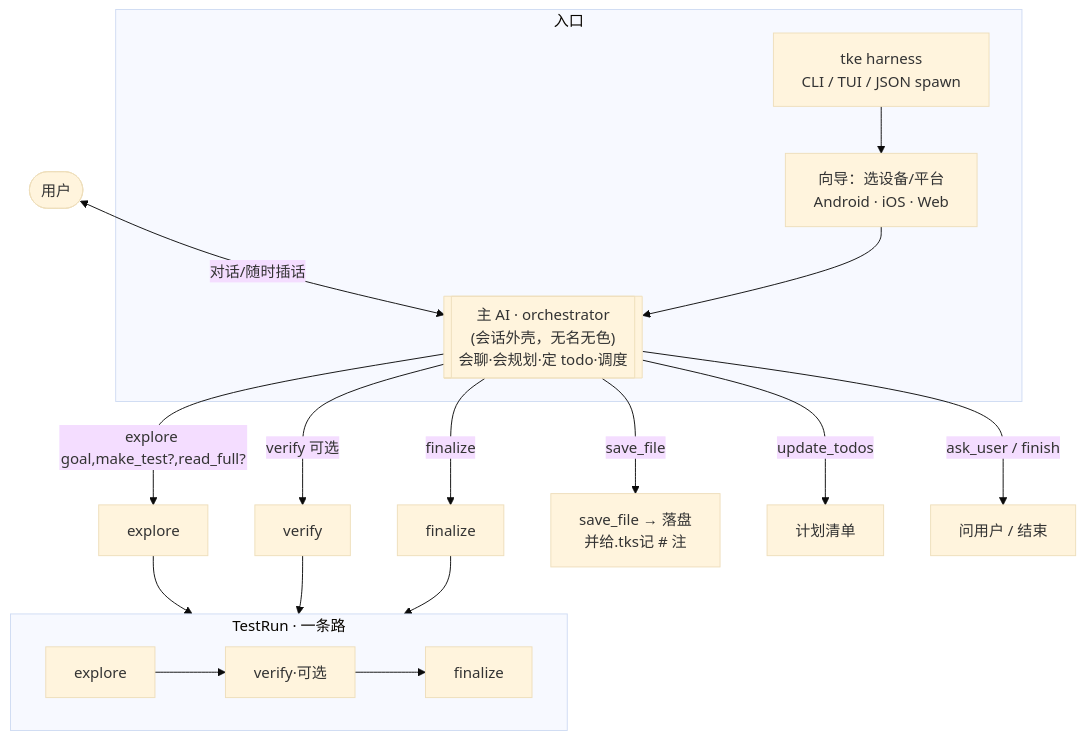
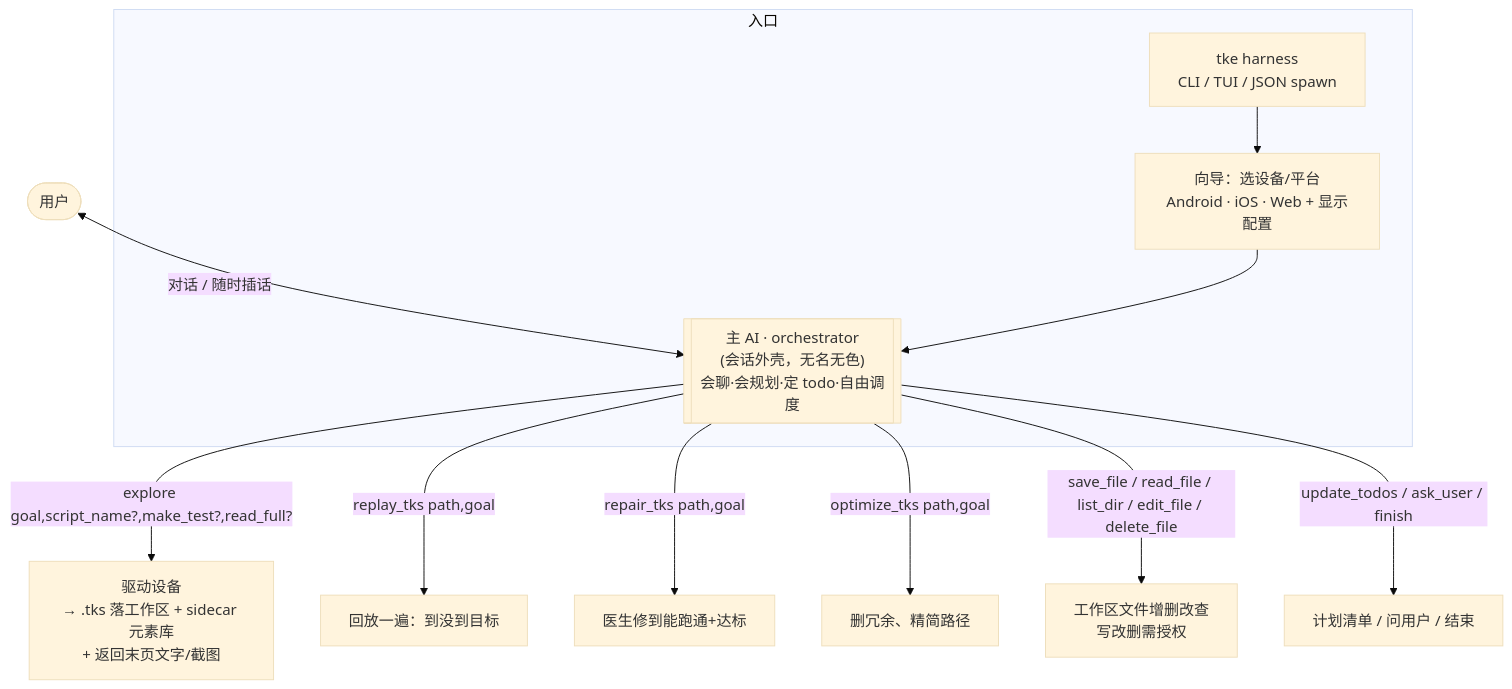
Before and after one commit to bwan3150/test-toolkit-studio: the first of 2 diagrams in bin-proj/toolkit-engine/docs/tke-flow.md, drawn with Mermaid (base theme). The commit also changed other lines of this file and 1 other file, not shown here.

First line of the commit message:
docs(tke): 同步文档到当前架构(颗粒化工具 + 工作区 + 授权)

````diff
--- a/bin-proj/toolkit-engine/docs/tke-flow.md
+++ b/bin-proj/toolkit-engine/docs/tke-flow.md
@@ -14,26 +14,16 @@
 ```mermaid
 flowchart TD
-    U([用户]) <-->|对话/随时插话| O
-
+    U([用户]) <-->|对话 / 随时插话| O
     subgraph 入口
-      E[tke harness<br/>CLI / TUI / JSON spawn] --> W[向导：选设备/平台<br/>Android · iOS · Web]
+      E[tke harness<br/>CLI / TUI / JSON spawn] --> W[向导：选设备/平台<br/>Android · iOS · Web + 显示配置]
       W --> O
     end
+    O[["主 AI · orchestrator<br/>(会话外壳，无名无色)<br/>会聊·会规划·定 todo·自由调度"]]
 
-    O[["主 AI · orchestrator<br/>(会话外壳，无名无色)<br/>会聊·会规划·定 todo·调度"]]
-
-    O -->|explore goal,make_test?,read_full?| EX[explore]
-    O -->|verify 可选| VF[verify]
-    O -->|finalize| FN[finalize]
-    O -->|save_file| SF[save_file → 落盘<br/>并给.tks记 # 注]
-    O -->|update_todos| TD[计划清单]
-    O -->|ask_user / finish| AK[问用户 / 结束]
-
-    EX --> TR
-    VF --> TR
-    FN --> TR
-    subgraph TR[TestRun · 一条路]
-      direction LR
-      P1[explore] --> P2[verify·可选] --> P3[finalize]
-    end
+    O -->|explore goal,script_name?,make_test?,read_full?| EX[驱动设备<br/>→ .tks 落工作区 + sidecar 元素库<br/>+ 返回末页文字/截图]
+    O -->|replay_tks path,goal| RP[回放一遍：到没到目标]
+    O -->|repair_tks path,goal| RE[医生修到能跑通+达标]
+    O -->|optimize_tks path,goal| OP[删冗余、精简路径]
+    O -->|save_file / read_file / list_dir / edit_file / delete_file| FS[工作区文件增删改查<br/>写改删需授权]
+    O -->|update_todos / ask_user / finish| MISC[计划清单 / 问用户 / 结束]
 ```
````
